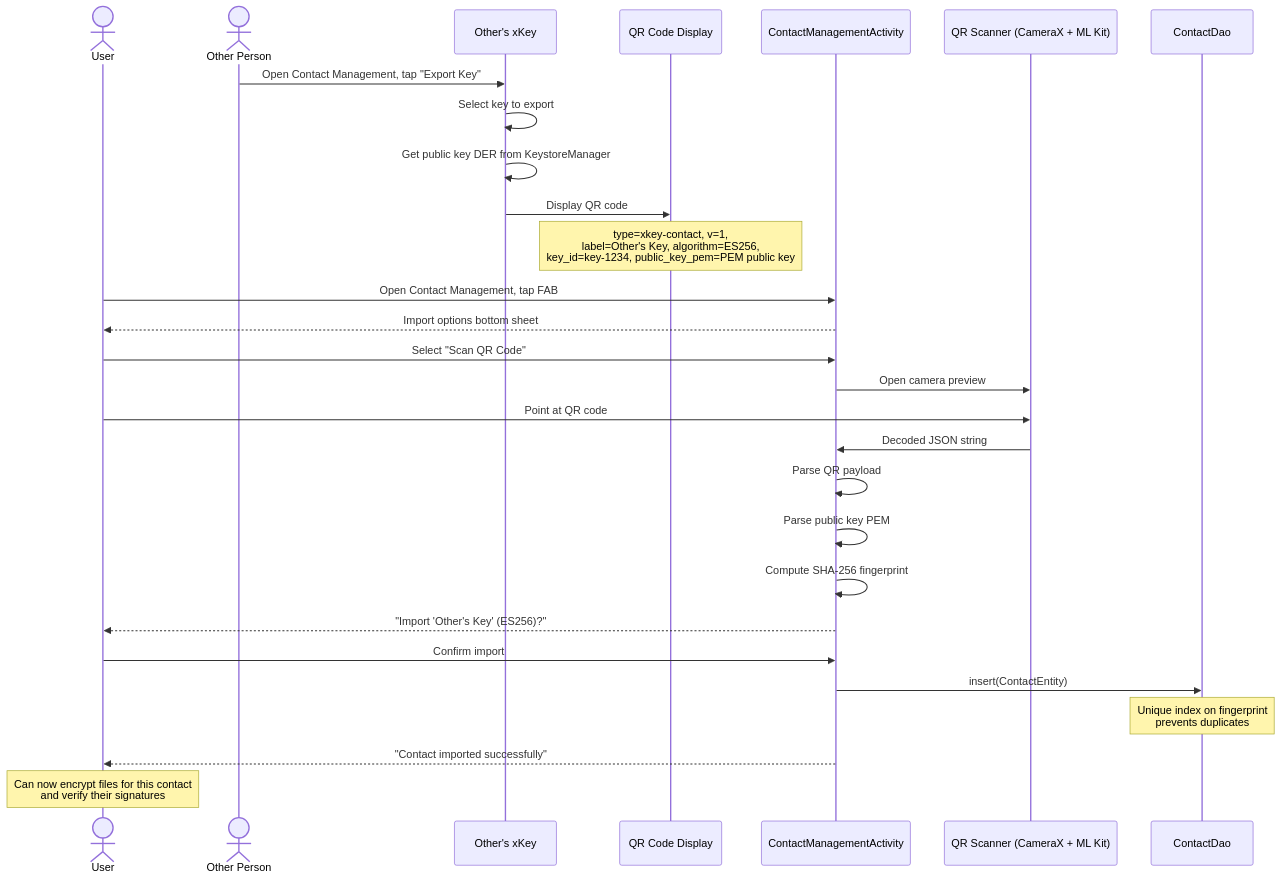
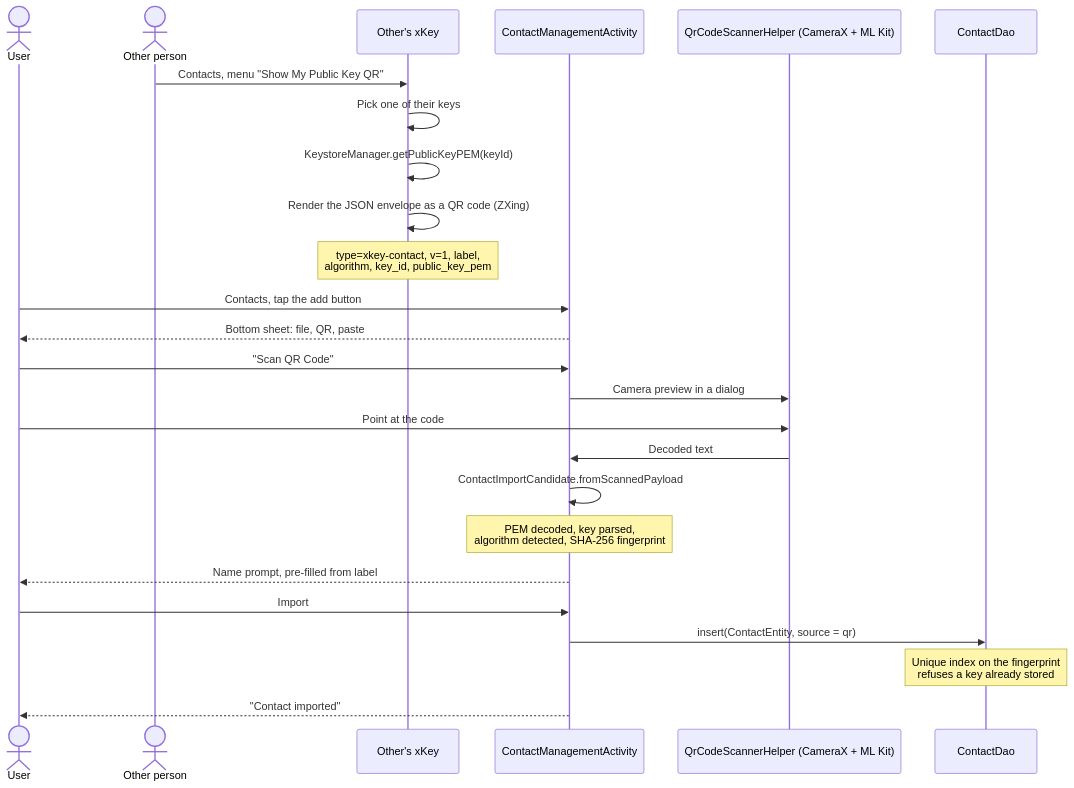
Before and after one commit to jeremyhahn/xkey-android: the diagram in docs/contacts/architecture.md, drawn with Mermaid. The commit also changed other lines of this file and 39 other files, not shown here.

````diff
--- a/docs/contacts/architecture.md
+++ b/docs/contacts/architecture.md
@@ -11,37 +16,31 @@
 ```mermaid
 sequenceDiagram
     actor User
-    actor Other as Other Person
+    actor Other as Other person
     participant OApp as Other's xKey
-    participant QR as QR Code Display
     participant CMA as ContactManagementActivity
-    participant Cam as QR Scanner (CameraX + ML Kit)
+    participant Cam as QrCodeScannerHelper (CameraX + ML Kit)
     participant DB as ContactDao
 
-    Other->>OApp: Open Contact Management, tap "Export Key"
-    OApp->>OApp: Select key to export
-    OApp->>OApp: Get public key DER from KeystoreManager
-    OApp->>QR: Display QR code
-    Note over QR: type=xkey-contact, v=1,<br/>label=Other's Key, algorithm=ES256,<br/>key_id=key-1234, public_key_pem=PEM public key
+    Other->>OApp: Contacts, menu "Show My Public Key QR"
+    OApp->>OApp: Pick one of their keys
+    OApp->>OApp: KeystoreManager.getPublicKeyPEM(keyId)
+    OApp->>OApp: Render the JSON envelope as a QR code (ZXing)
+    Note over OApp: type=xkey-contact, v=1, label,<br/>algorithm, key_id, public_key_pem
 
-    User->>CMA: Open Contact Management, tap FAB
-    CMA-->>User: Import options bottom sheet
-    User->>CMA: Select "Scan QR Code"
-    CMA->>Cam: Open camera preview
+    User->>CMA: Contacts, tap the add button
+    CMA-->>User: Bottom sheet: file, QR, paste
+    User->>CMA: "Scan QR Code"
+    CMA->>Cam: Camera preview in a dialog
+    User->>Cam: Point at the code
+    Cam->>CMA: Decoded text
 
-    User->>Cam: Point at QR code
-    Cam->>CMA: Decoded JSON string
+    CMA->>CMA: ContactImportCandidate.fromScannedPayload
+    Note over CMA: PEM decoded, key parsed,<br/>algorithm detected, SHA-256 fingerprint
+    CMA-->>User: Name prompt, pre-filled from label
+    User->>CMA: Import
 
-    CMA->>CMA: Parse QR payload
-    CMA->>CMA: Parse public key PEM
-    CMA->>CMA: Compute SHA-256 fingerprint
-    CMA-->>User: "Import 'Other's Key' (ES256)?"
-    User->>CMA: Confirm import
-
-    CMA->>DB: insert(ContactEntity)
-    Note over DB: Unique index on fingerprint<br/>prevents duplicates
-
-    CMA-->>User: "Contact imported successfully"
-
-    Note over User: Can now encrypt files for this contact<br/>and verify their signatures
+    CMA->>DB: insert(ContactEntity, source = qr)
+    Note over DB: Unique index on the fingerprint<br/>refuses a key already stored
+    CMA-->>User: "Contact imported"
 ```
````
